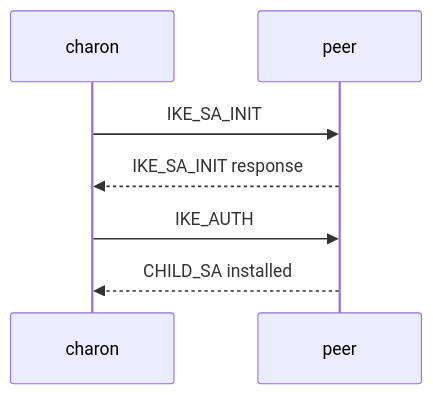
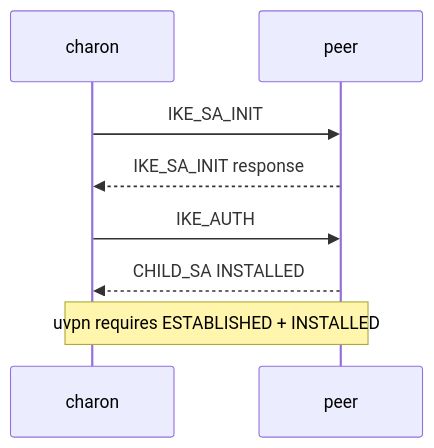
One commit to roto31/Tunnel-Monitor---Universal changed the second of 4 diagrams in docs/vpn-solutions/ipsec-ikev2.md. Above: the diagram before and after it, drawn with Mermaid. The commit also changed other lines of this file and 25 other files, not shown here.

First line of the commit message:
Docs: add vendor citations, topology SVGs, and updated Mermaid.

````diff
--- a/docs/vpn-solutions/ipsec-ikev2.md
+++ b/docs/vpn-solutions/ipsec-ikev2.md
@@ -31,9 +38,10 @@
 ```mermaid
 sequenceDiagram
     participant C as charon
     participant P as peer
     C->>P: IKE_SA_INIT
     P-->>C: IKE_SA_INIT response
     C->>P: IKE_AUTH
-    P-->>C: CHILD_SA installed
+    P-->>C: CHILD_SA INSTALLED
+    Note over C,P: uvpn requires ESTABLISHED + INSTALLED
 ```
````
